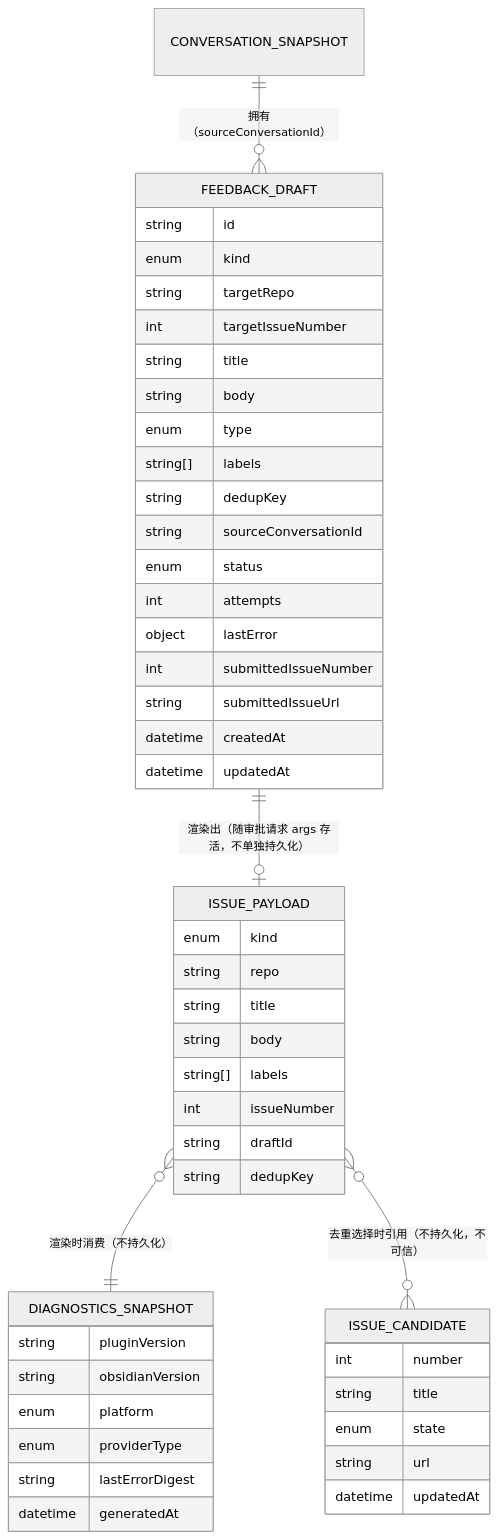
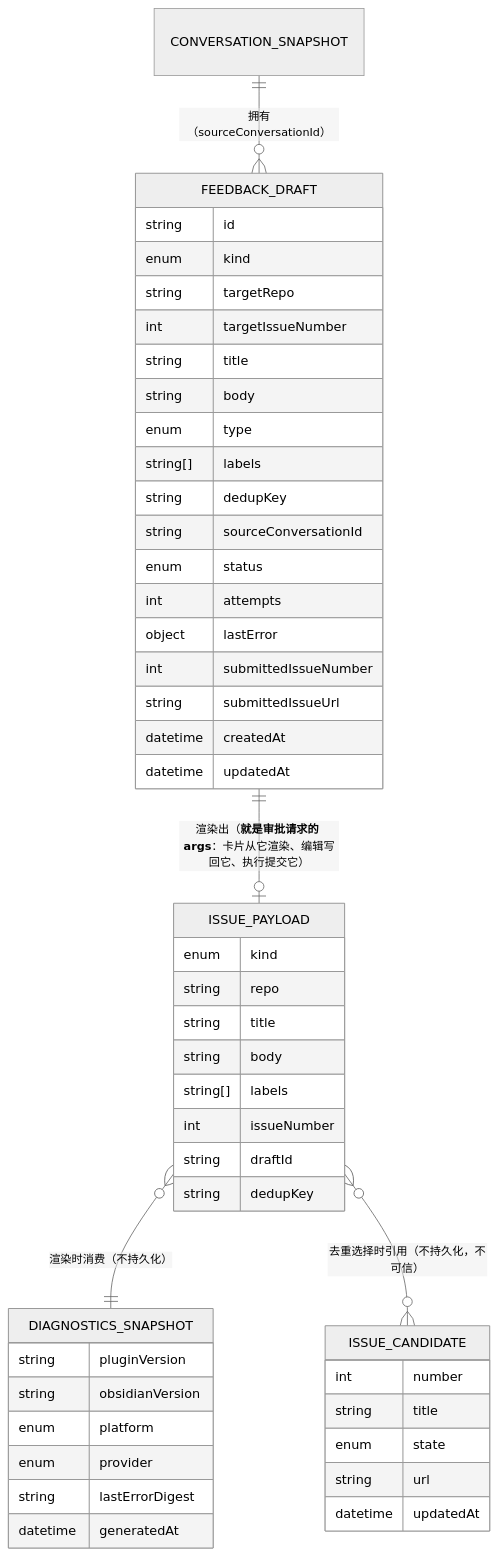
The third of 3 diagrams in aidlc/spaces/default/intents/261111-conversational-feedback/construction/functional-design/functional-spec.md (yinfi/baizer), drawn with Mermaid (neutral theme) before and after one commit. The commit also changed other lines of this file and 10 other files, not shown here.

````diff
--- a/aidlc/spaces/default/intents/261111-conversational-feedback/construction/functional-design/functional-spec.md
+++ b/aidlc/spaces/default/intents/261111-conversational-feedback/construction/functional-design/functional-spec.md
@@ -296,51 +399,51 @@
 ```mermaid
 erDiagram
     CONVERSATION_SNAPSHOT ||--o{ FEEDBACK_DRAFT : "拥有（sourceConversationId）"
-    FEEDBACK_DRAFT ||--o| ISSUE_PAYLOAD : "渲染出（随审批请求 args 存活，不单独持久化）"
+    FEEDBACK_DRAFT ||--o| ISSUE_PAYLOAD : "渲染出（**就是审批请求的 args**：卡片从它渲染、编辑写回它、执行提交它）"
     ISSUE_PAYLOAD }o--|| DIAGNOSTICS_SNAPSHOT : "渲染时消费（不持久化）"
     ISSUE_PAYLOAD }o--o{ ISSUE_CANDIDATE : "去重选择时引用（不持久化，不可信）"
     FEEDBACK_DRAFT {
         string id
         enum kind
         string targetRepo
         int targetIssueNumber
         string title
         string body
         enum type
         string[] labels
         string dedupKey
         string sourceConversationId
         enum status
         int attempts
         object lastError
         int submittedIssueNumber
         string submittedIssueUrl
         datetime createdAt
         datetime updatedAt
     }
     ISSUE_PAYLOAD {
         enum kind
         string repo
         string title
         string body
         string[] labels
         int issueNumber
         string draftId
         string dedupKey
     }
     DIAGNOSTICS_SNAPSHOT {
         string pluginVersion
         string obsidianVersion
         enum platform
-        enum providerType
+        enum provider
         string lastErrorDigest
         datetime generatedAt
     }
     ISSUE_CANDIDATE {
         int number
         string title
         enum state
         string url
         datetime updatedAt
     }
 ```
````
